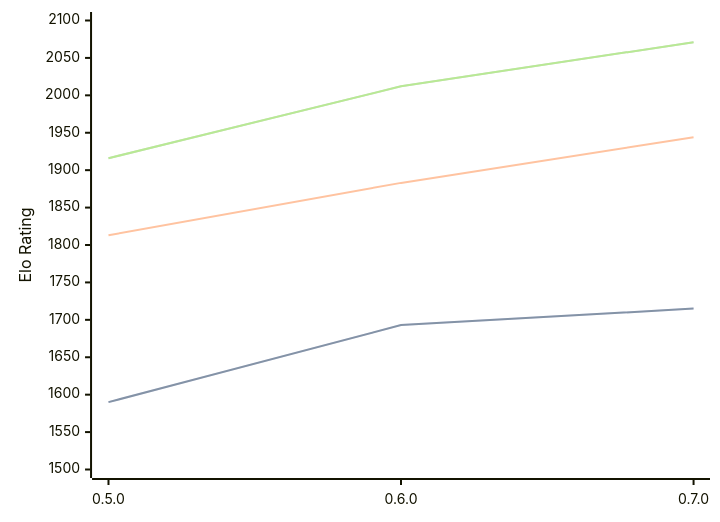
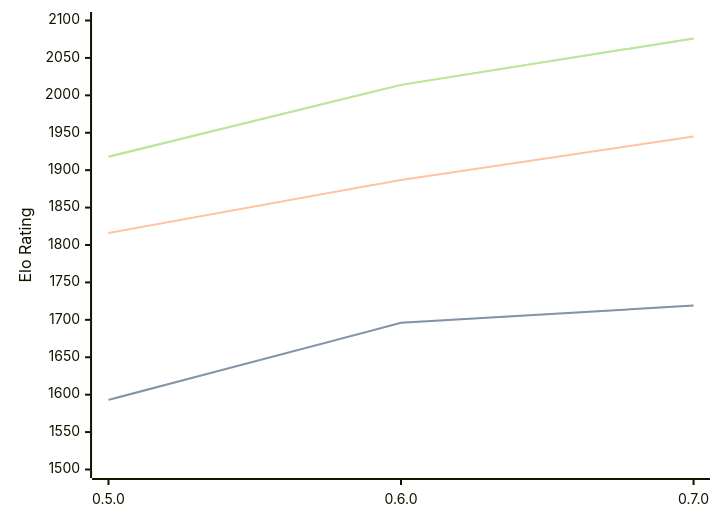
Before and after one commit to computer-chess-index/cci: the diagram in engines/Chess-rs.md, drawn with Mermaid. The commit also changed other lines of this file, not shown here.

Commit message:
Update CCI Ratings (ELO VLTC) - 2026-04-30

````diff
--- a/engines/Chess-rs.md
+++ b/engines/Chess-rs.md
@@ -41,11 +41,11 @@
 ```mermaid
 %%{init: {"theme":"base","themeVariables":{"seriesColors:['#a3a3a3','#222221','#faa371']}}}%%
 xychart-beta
   x-axis ["0.5.0", "0.6.0", "0.7.0"]
   y-axis "Elo Rating" 1500 --> 2100
-  line "STC (8.0+0.08s)" [1590, 1693, 1715]
-  line "STC (8.0+0.08s)" [1590, 1693, 1715]
-  line "LTC (60.0+0.60s)" [1813, 1883, 1944]
-  line "VLTC (2m24s+1.12s)" [1916, 2012, 2071]
-  line "VLTC (2m24s+1.12s)" [1916, 2012, 2071]
+  line "STC (8.0+0.08s)" [1593, 1696, 1719]
+  line "STC (8.0+0.08s)" [1593, 1696, 1719]
+  line "LTC (60.0+0.60s)" [1816, 1887, 1945]
+  line "VLTC (2m24s+1.12s)" [1918, 2014, 2076]
+  line "VLTC (2m24s+1.12s)" [1918, 2014, 2076]
 ```
````
